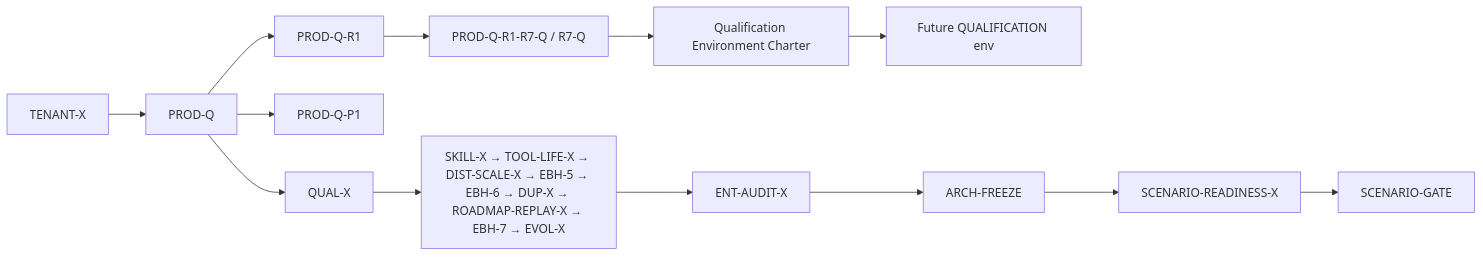
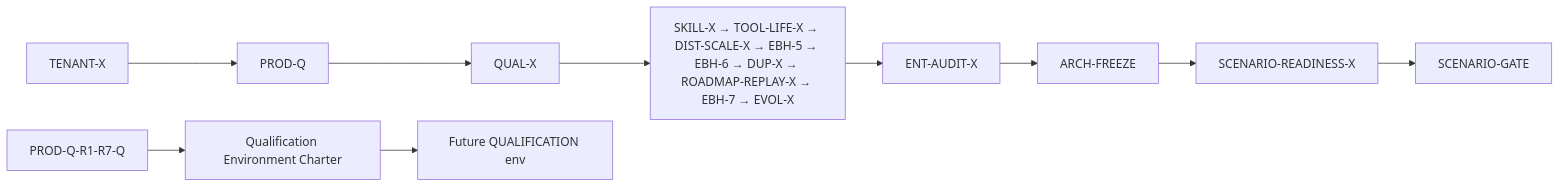
The second of 2 diagrams in docs/project/maintainers/qualification/PROD_Q_R1_R7_Q_QUALIFICATION_ENVIRONMENT_CHARTER.md (jakbuczarnecki/intergrax), drawn with Mermaid before and after one commit. The commit also changed other lines of this file, not shown here.

First line of the commit message:
docs(qual): accept R7-Q qualification environment charter and preflight

````diff
--- a/docs/project/maintainers/qualification/PROD_Q_R1_R7_Q_QUALIFICATION_ENVIRONMENT_CHARTER.md
+++ b/docs/project/maintainers/qualification/PROD_Q_R1_R7_Q_QUALIFICATION_ENVIRONMENT_CHARTER.md
@@ -381,29 +400,23 @@
 ```mermaid
 flowchart LR
   TENANT_X[TENANT-X]
   PROD_Q[PROD-Q]
-  PROD_Q_R1[PROD-Q-R1]
-  PROD_Q_P1[PROD-Q-P1]
-  PROD_Q_R1_R7_Q[PROD-Q-R1-R7-Q / R7-Q]
-  CHARTER[Qualification Environment Charter]
-  QUAL_ENV[Future QUALIFICATION env]
   QUAL_X[QUAL-X]
   LATE[SKILL-X → TOOL-LIFE-X → DIST-SCALE-X → EBH-5 → EBH-6 → DUP-X → ROADMAP-REPLAY-X → EBH-7 → EVOL-X]
   ENT_AUDIT[ENT-AUDIT-X]
   ARCH_FREEZE[ARCH-FREEZE]
   SCENARIO_READY[SCENARIO-READINESS-X]
   SCENARIO_GATE[SCENARIO-GATE]
+  CHARTER[Qualification Environment Charter]
+  QUAL_ENV[Future QUALIFICATION env]
 
   TENANT_X --> PROD_Q
-  PROD_Q --> PROD_Q_R1
-  PROD_Q --> PROD_Q_P1
-  PROD_Q_R1 --> PROD_Q_R1_R7_Q
-  PROD_Q_R1_R7_Q --> CHARTER
-  CHARTER --> QUAL_ENV
   PROD_Q --> QUAL_X
   QUAL_X --> LATE
   LATE --> ENT_AUDIT
   ENT_AUDIT --> ARCH_FREEZE
   ARCH_FREEZE --> SCENARIO_READY
   SCENARIO_READY --> SCENARIO_GATE
+  PROD_Q_R1_R7_Q[PROD-Q-R1-R7-Q] --> CHARTER
+  CHARTER --> QUAL_ENV
 ```
````
